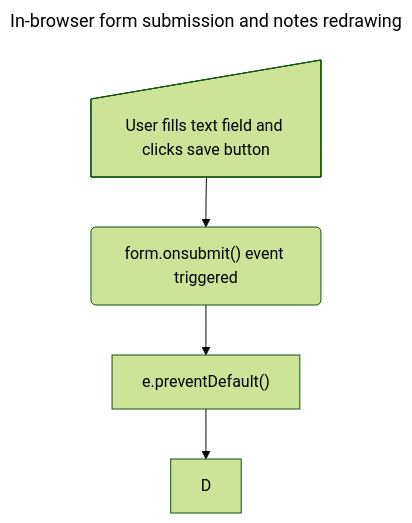
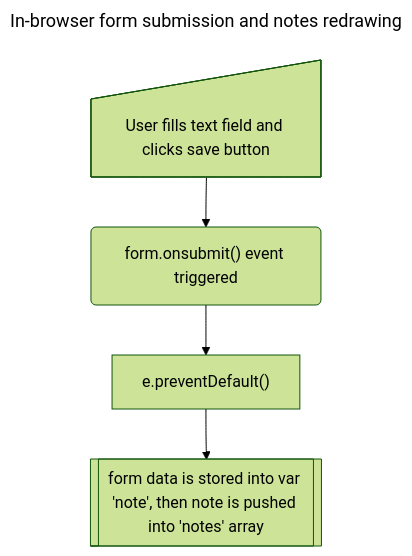
Before and after one commit to ProspektsMarch22/fullstackopen: the diagram in part0/0_6/spa_new_note.md, drawn with Mermaid (forest theme).

Commit message:
Fixes typo in code

````diff
--- a/part0/0_6/spa_new_note.md
+++ b/part0/0_6/spa_new_note.md
@@ -1,8 +1,8 @@
 ```mermaid
 ---
   title: In-browser form submission and notes redrawing
 ---
   flowchart TD
-    A@{ shape: manual-input, label: "User fills text field and clicks save button"} --> B@{ shape: rounded, label: "form.onsubmit() event triggered"} --> C@{ shape: rect, label: "e.preventDefault()"} --> D@{ shape: rect, fr-rect: "form data is stored into var 'note', then note is pushed into 'notes' array" }
+    A@{ shape: manual-input, label: "User fills text field and clicks save button"} --> B@{ shape: rounded, label: "form.onsubmit() event triggered"} --> C@{ shape: rect, label: "e.preventDefault()"} --> D@{ shape: fr-rect, label: "form data is stored into var 'note', then note is pushed into 'notes' array" }
 
 ```
````
